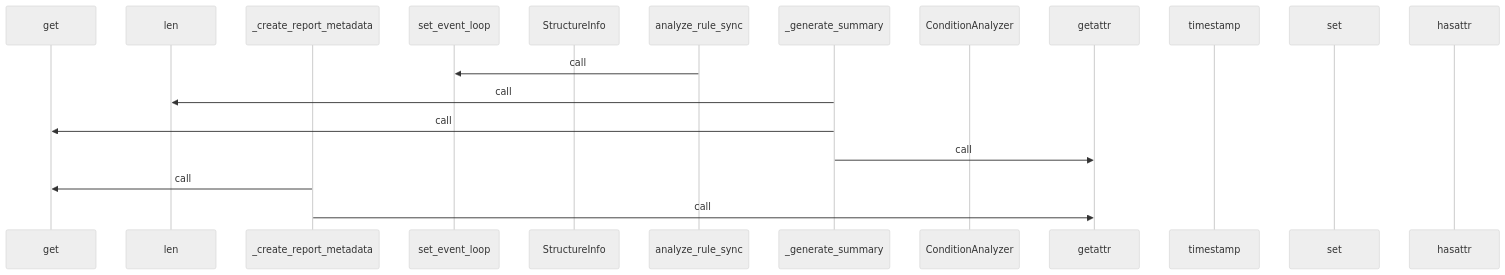
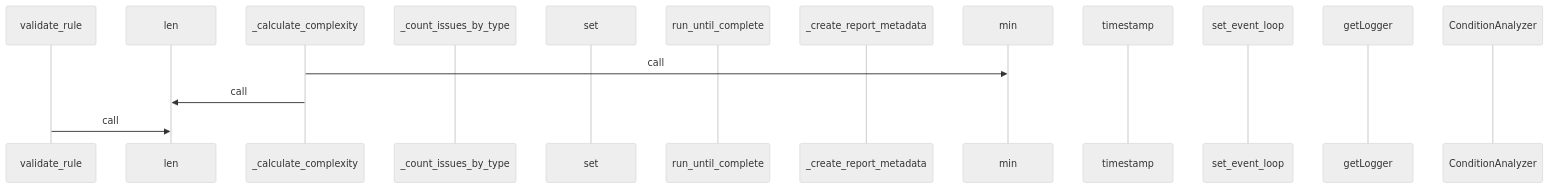
The third of 4 diagrams in generated_docs/rule_analyzer/analyzers/rule_analyzer.md (yeonjae-personal/codemuse-backend), drawn with Mermaid (neutral theme) before and after one commit. The commit also changed other lines of this file and 3378 other files, not shown here.

````diff
--- a/generated_docs/rule_analyzer/analyzers/rule_analyzer.md
+++ b/generated_docs/rule_analyzer/analyzers/rule_analyzer.md
@@ -199,21 +199,18 @@
 ```mermaid
 sequenceDiagram
-  participant get as get
+  participant validate_rule as validate_rule
   participant len as len
+  participant _calculate_complexity as _calculate_complexity
+  participant _count_issues_by_type as _count_issues_by_type
+  participant set as set
+  participant run_until_complete as run_until_complete
   participant _create_report_metadata as _create_report_metadata
+  participant min as min
+  participant timestamp as timestamp
   participant set_event_loop as set_event_loop
-  participant StructureInfo as StructureInfo
-  participant analyze_rule_sync as analyze_rule_sync
-  participant _generate_summary as _generate_summary
+  participant getLogger as getLogger
   participant ConditionAnalyzer as ConditionAnalyzer
-  participant getattr as getattr
-  participant timestamp as timestamp
-  participant set as set
-  participant hasattr as hasattr
-  analyze_rule_sync->>set_event_loop: call
-  _generate_summary->>len: call
-  _generate_summary->>get: call
-  _generate_summary->>getattr: call
-  _create_report_metadata->>get: call
-  _create_report_metadata->>getattr: call
+  _calculate_complexity->>min: call
+  _calculate_complexity->>len: call
+  validate_rule->>len: call
 ```
````
